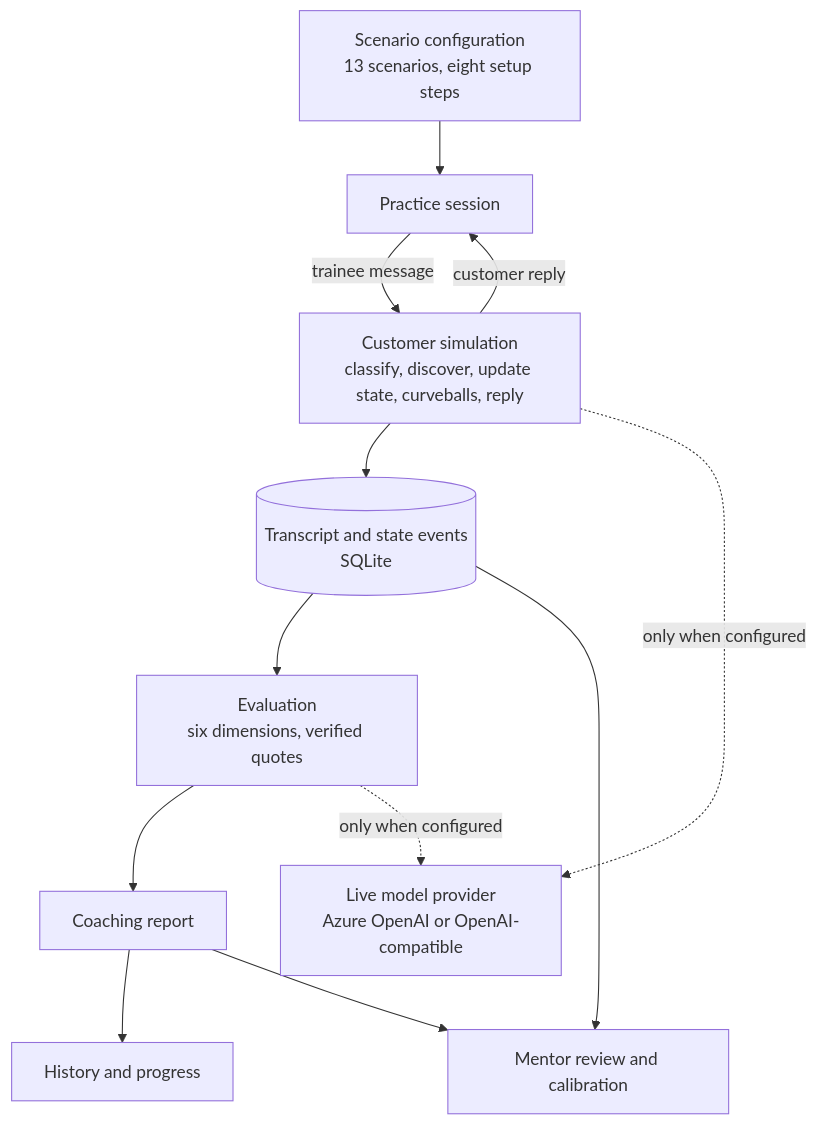
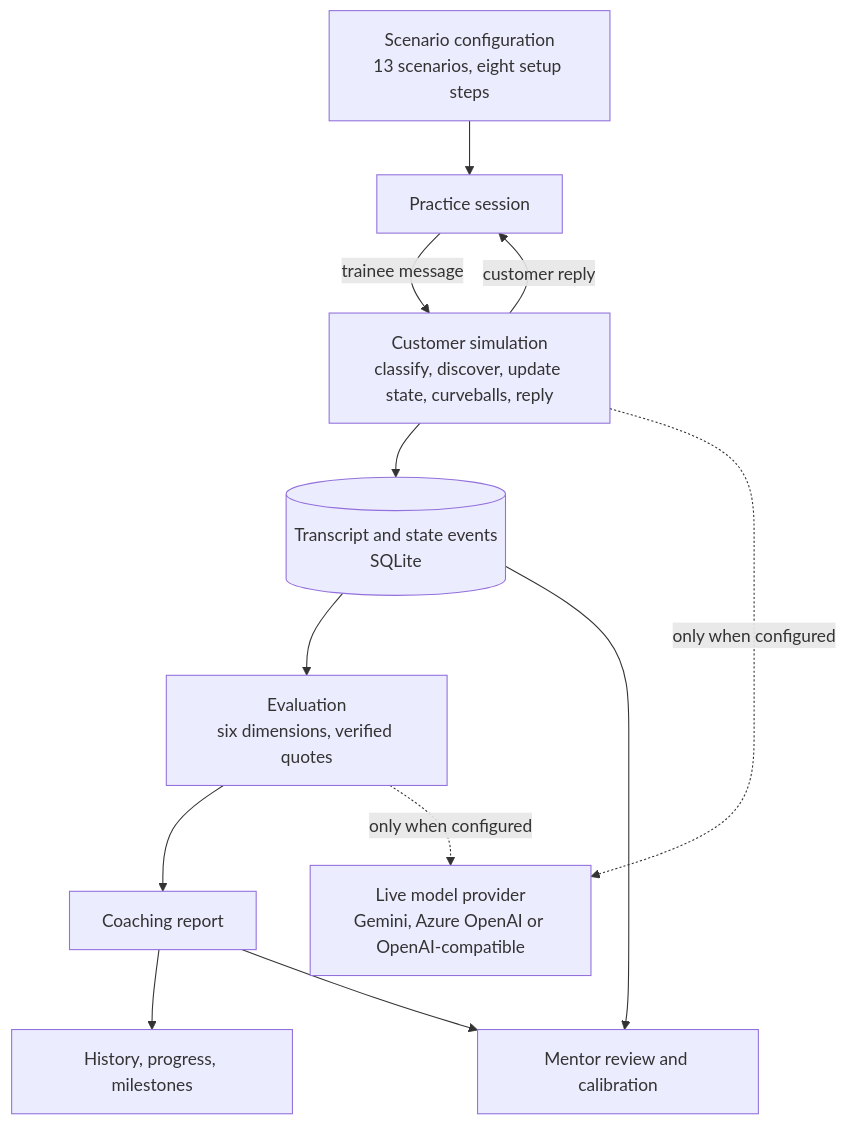
The second of 5 diagrams in README.md (snowjug/Firefly), drawn with Mermaid before and after one commit. The commit also changed other lines of this file and 20 other files, not shown here.

````diff
--- a/README.md
+++ b/README.md
@@ -216,14 +308,14 @@
 ```mermaid
 flowchart TD
   A["Scenario configuration<br/>13 scenarios, eight setup steps"] --> B[Practice session]
   B -->|trainee message| C["Customer simulation<br/>classify, discover, update state, curveballs, reply"]
   C -->|customer reply| B
   C --> D[("Transcript and state events<br/>SQLite")]
   D --> E["Evaluation<br/>six dimensions, verified quotes"]
   E --> F[Coaching report]
-  F --> G[History and progress]
+  F --> G["History, progress, milestones"]
   D --> H[Mentor review and calibration]
   F --> H
-  C -.->|only when configured| P["Live model provider<br/>Azure OpenAI or OpenAI-compatible"]
+  C -.->|only when configured| P["Live model provider<br/>Gemini, Azure OpenAI or OpenAI-compatible"]
   E -.->|only when configured| P
 ```
````
